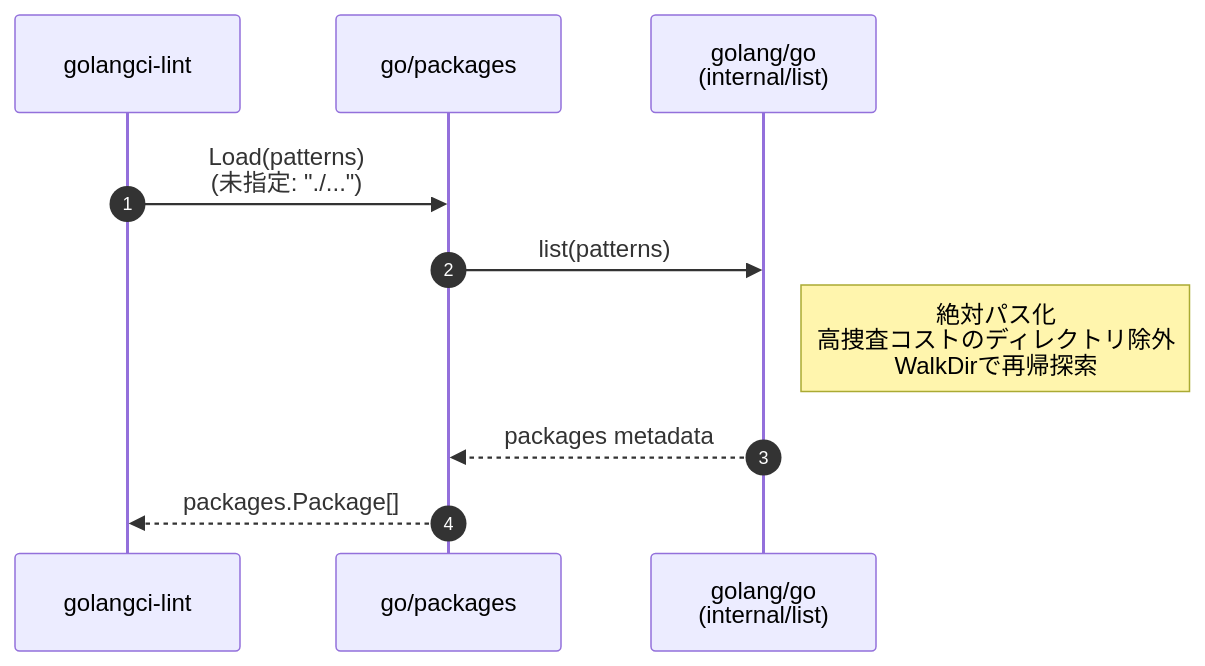
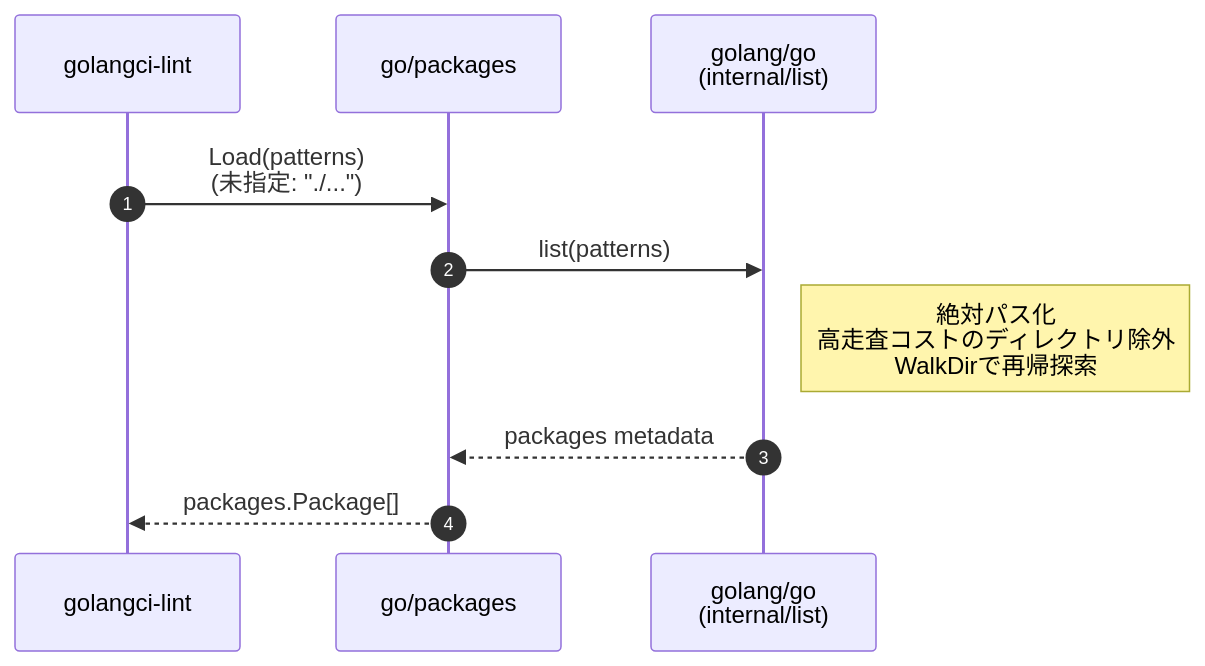
Before and after one commit to sho-hata/public-zenn-docs: the diagram in articles/75f227728cad19.md, drawn with Mermaid. The commit also changed other lines of this file, not shown here.

````diff
--- a/articles/75f227728cad19.md
+++ b/articles/75f227728cad19.md
@@ -47,15 +48,15 @@
 ```mermaid
 sequenceDiagram
   autonumber
   participant L as golangci-lint
   participant P as go/packages
   participant G as golang/go<br/>(internal/list)
 
   L->>P: Load(patterns)<br/>(未指定: "./...")
   P->>G: list(patterns)
 
-  Note right of G: 絶対パス化<br/>高捜査コストのディレクトリ除外<br/>WalkDirで再帰探索
+  Note right of G: 絶対パス化<br/>高走査コストのディレクトリ除外<br/>WalkDirで再帰探索
 
   G-->>P: packages metadata
   P-->>L: packages.Package[]
 ```
````
